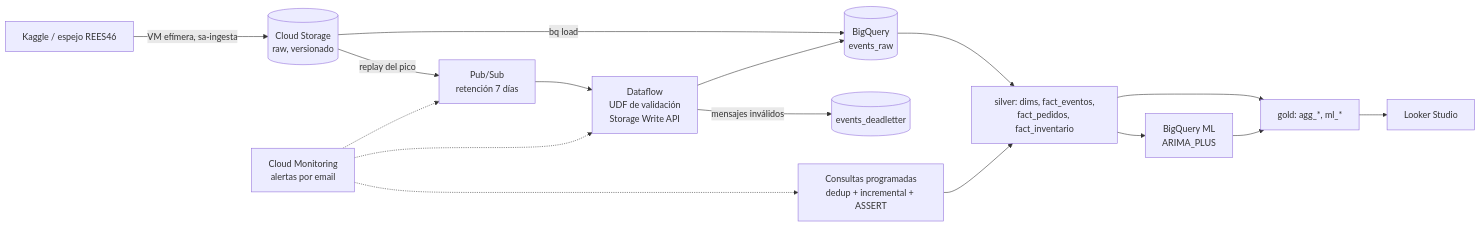
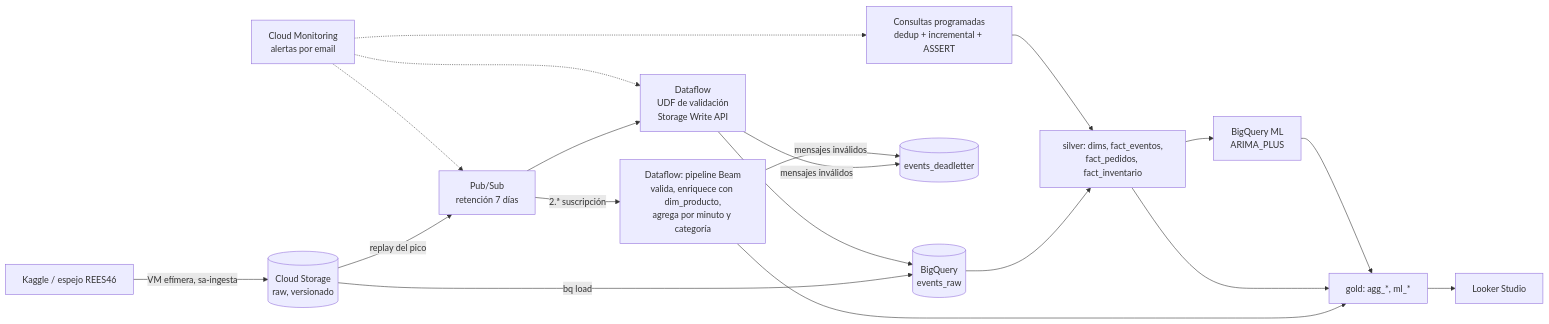
One commit to RVargasC22/bigdata-g1-ecommerce-gcp changed the diagram in README.md. Above: the diagram before and after it, drawn with Mermaid. The commit also changed other lines of this file and 1 other file, not shown here.

First line of the commit message:
docs(streaming): pipeline Beam y conciliación con batch

````diff
--- a/README.md
+++ b/README.md
@@ -14,18 +14,21 @@
 ```mermaid
 flowchart LR
   K[Kaggle / espejo REES46] -->|VM efímera, sa-ingesta| GCS[(Cloud Storage<br/>raw, versionado)]
   GCS -->|bq load| RAW
   GCS -->|replay del pico| PS[Pub/Sub<br/>retención 7 días]
   PS --> DF[Dataflow<br/>UDF de validación<br/>Storage Write API]
   DF --> RAW[(BigQuery<br/>events_raw)]
   DF -->|mensajes inválidos| DLQ[(events_deadletter)]
+  PS -->|2.ª suscripción| BM[Dataflow: pipeline Beam<br/>valida, enriquece con dim_producto,<br/>agrega por minuto y categoría]
+  BM --> GOLD
+  BM -->|mensajes inválidos| DLQ
   RAW --> SIL[silver: dims, fact_eventos,<br/>fact_pedidos, fact_inventario]
   SIL --> GOLD[gold: agg_*, ml_*]
   GOLD --> LS[Looker Studio]
   SIL --> ML[BigQuery ML<br/>ARIMA_PLUS]
   ML --> GOLD
   SQ[Consultas programadas<br/>dedup + incremental + ASSERT] --> SIL
   MON[Cloud Monitoring<br/>alertas por email] -.-> DF
   MON -.-> PS
   MON -.-> SQ
 ```
````
